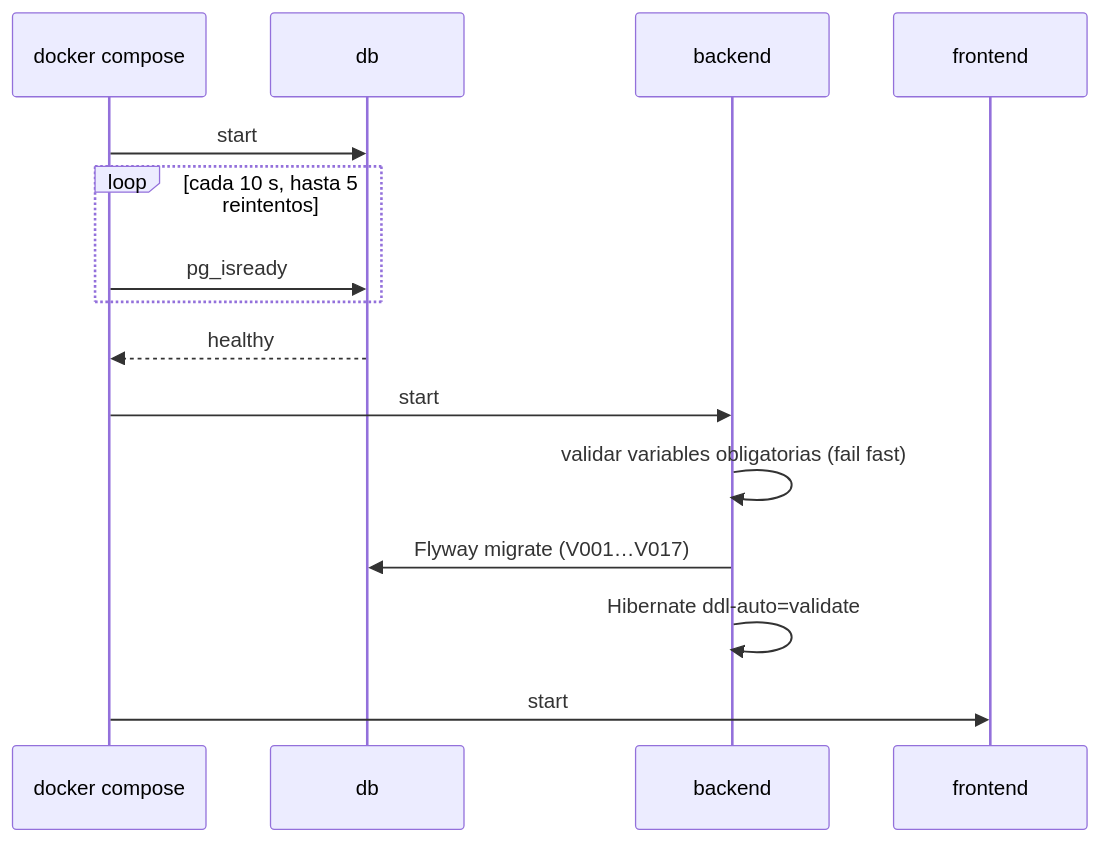
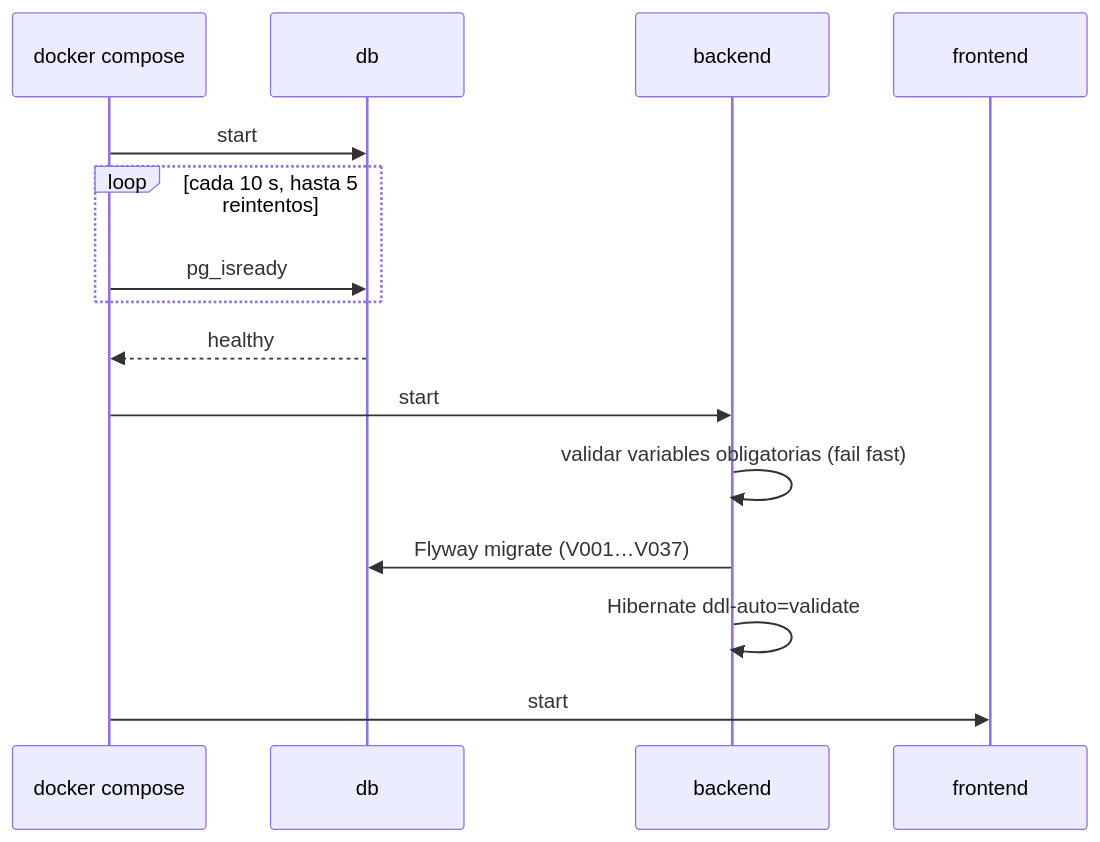
One commit to BotaniPUCP/Hesperides changed the second of 3 diagrams in docs/arquitectura/despliegue/despliegue.md. Above: the diagram before and after it, drawn with Mermaid. The commit also changed 190 other files, not shown here.

````diff
--- a/docs/arquitectura/despliegue/despliegue.md
+++ b/docs/arquitectura/despliegue/despliegue.md
@@ -118,18 +118,18 @@
 ```mermaid
 sequenceDiagram
     participant C as docker compose
     participant DB as db
     participant BE as backend
     participant FE as frontend
 
     C->>DB: start
     loop cada 10 s, hasta 5 reintentos
         C->>DB: pg_isready
     end
     DB-->>C: healthy
     C->>BE: start
     BE->>BE: validar variables obligatorias (fail fast)
-    BE->>DB: Flyway migrate (V001…V017)
+    BE->>DB: Flyway migrate (V001…V037)
     BE->>BE: Hibernate ddl-auto=validate
     C->>FE: start
 ```
````
